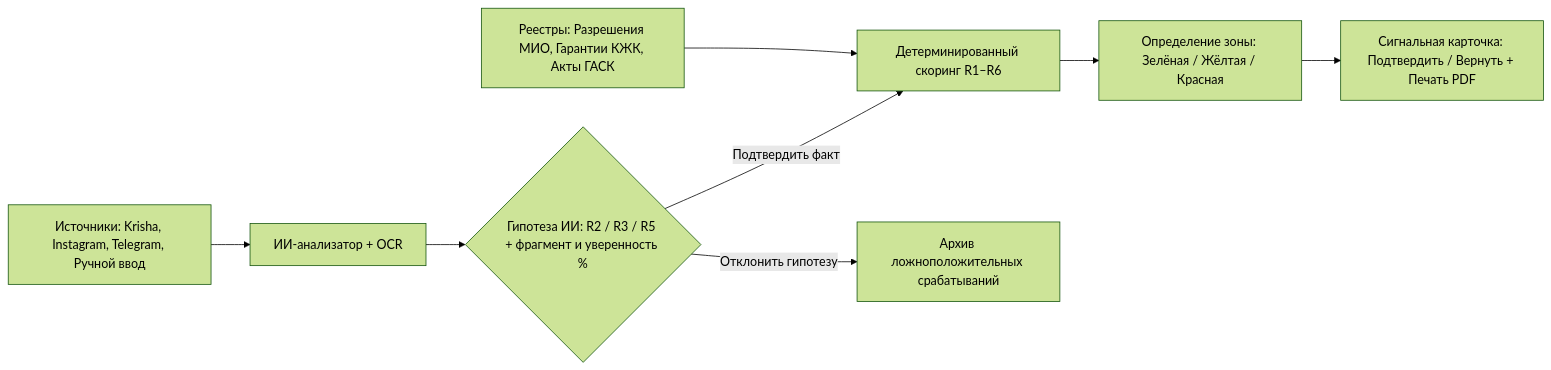
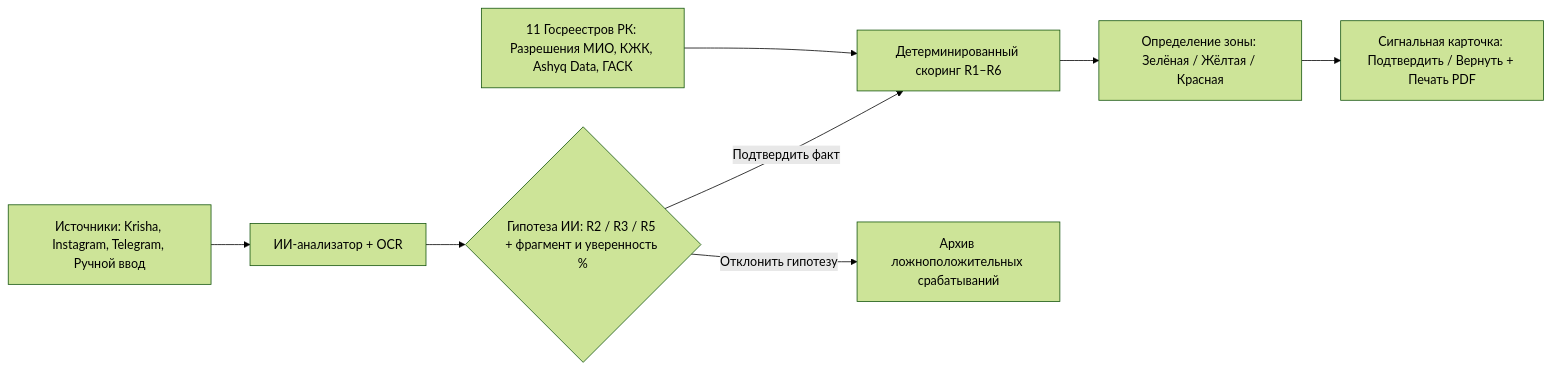
The diagram in README.md (Raul894123/ClearBuild), drawn with Mermaid (forest theme) before and after one commit. The commit also changed other lines of this file and 24 other files, not shown here.

````diff
--- a/README.md
+++ b/README.md
@@ -30,10 +30,10 @@
 ```mermaid
 flowchart LR
     A["Источники: Krisha, Instagram, Telegram, Ручной ввод"] --> B["ИИ-анализатор + OCR"]
     B --> C{"Гипотеза ИИ: R2 / R3 / R5 + фрагмент и уверенность %"}
     C -->|"Подтвердить факт"| D["Детерминированный скоринг R1–R6"]
     C -->|"Отклонить гипотезу"| E["Архив ложноположительных срабатываний"]
-    F["Реестры: Разрешения МИО, Гарантии КЖК, Акты ГАСК"] --> D
+    F["11 Госреестров РК: Разрешения МИО, КЖК, Ashyq Data, ГАСК"] --> D
     D --> G["Определение зоны: Зелёная / Жёлтая / Красная"]
     G --> H["Сигнальная карточка: Подтвердить / Вернуть + Печать PDF"]
 ```
````
